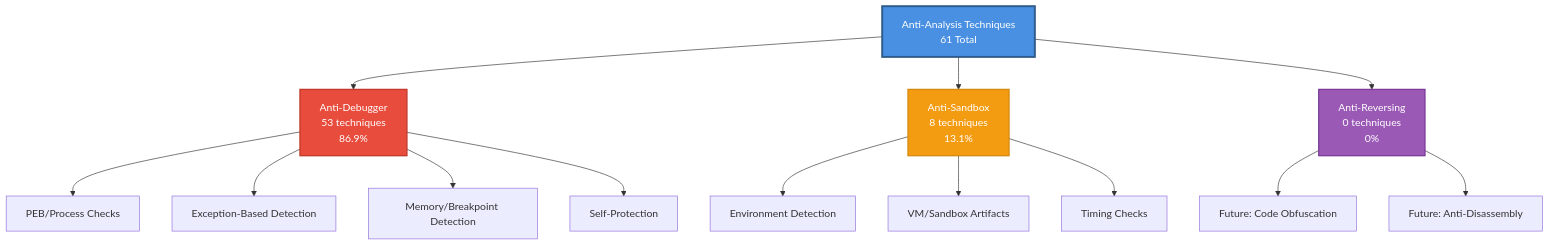
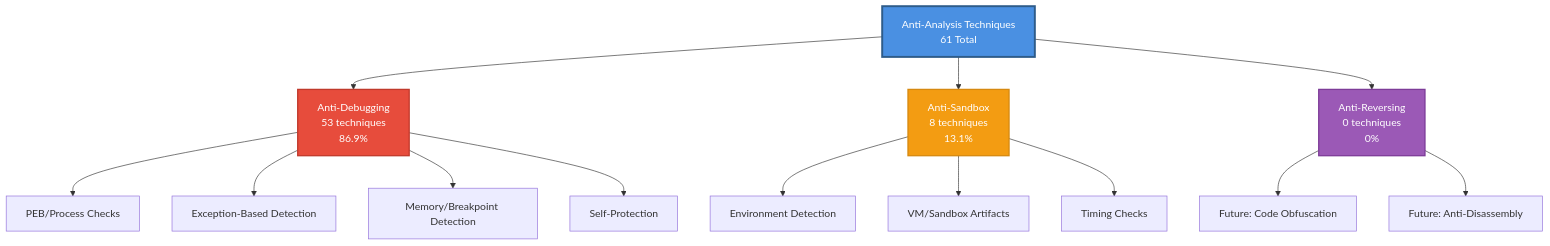
The diagram in README.md (mabj/anti), drawn with Mermaid before and after one commit. The commit also changed other lines of this file and 281 other files, not shown here.

Commit message:
Renaming anti-debugger category to anti-debugging

````diff
--- a/README.md
+++ b/README.md
@@ -69,23 +69,23 @@
 ```mermaid
 graph TB
-    A[Anti-Analysis Techniques<br/>61 Total] --> B[Anti-Debugger<br/>53 techniques<br/>86.9%]
+    A[Anti-Analysis Techniques<br/>61 Total] --> B[Anti-Debugging<br/>53 techniques<br/>86.9%]
     A --> C[Anti-Sandbox<br/>8 techniques<br/>13.1%]
     A --> D[Anti-Reversing<br/>0 techniques<br/>0%]
 
     B --> B1[PEB/Process Checks]
     B --> B2[Exception-Based Detection]
     B --> B3[Memory/Breakpoint Detection]
     B --> B4[Self-Protection]
 
     C --> C1[Environment Detection]
     C --> C2[VM/Sandbox Artifacts]
     C --> C3[Timing Checks]
 
     D --> D1[Future: Code Obfuscation]
     D --> D2[Future: Anti-Disassembly]
 
     style A fill:#4A90E2,stroke:#2E5C8A,stroke-width:3px,color:#fff
     style B fill:#E74C3C,stroke:#C0392B,stroke-width:2px,color:#fff
     style C fill:#F39C12,stroke:#D68910,stroke-width:2px,color:#fff
     style D fill:#9B59B6,stroke:#7D3C98,stroke-width:2px,color:#fff
 ```
````
